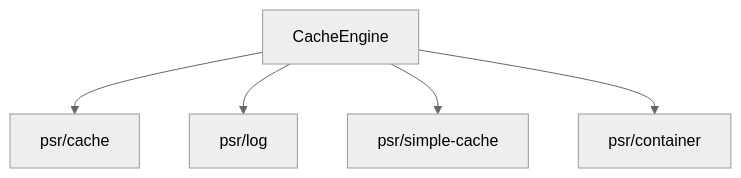
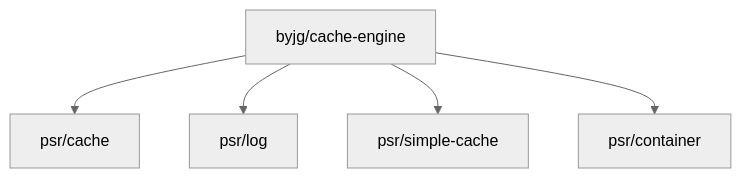
One commit to byjg/php-cache-engine changed the diagram in README.md. Above: the diagram before and after it, drawn with Mermaid (neutral theme).

Commit message:
Add Dependencies

````diff
--- a/README.md
+++ b/README.md
@@ -139,7 +139,7 @@
 ```mermaid
 flowchart TD
-    CacheEngine --> psr/cache
-    CacheEngine --> psr/log
-    CacheEngine --> psr/simple-cache
-    CacheEngine --> psr/container
+    byjg/cache-engine --> psr/cache
+    byjg/cache-engine --> psr/log
+    byjg/cache-engine --> psr/simple-cache
+    byjg/cache-engine --> psr/container
 ```
````
